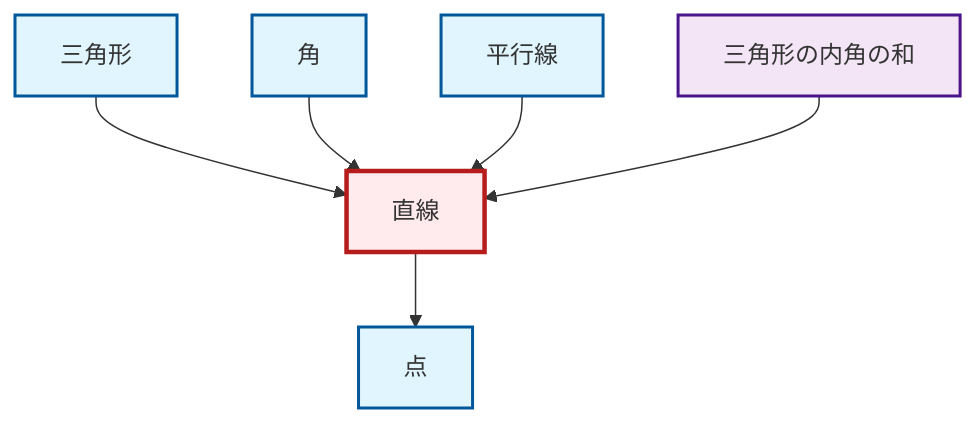
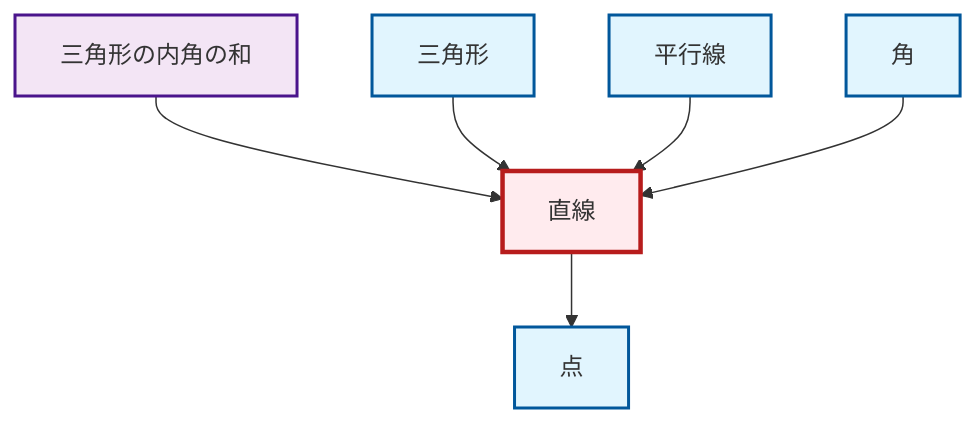
One commit to RK0429/ModernMath changed the diagram in output/mermaid/ja/def-line.mermaid. Above: the diagram before and after it, drawn with Mermaid. The commit also changed other lines of this file and 3161 other files, not shown here.

```diff
--- a/output/mermaid/ja/def-line.mermaid
+++ b/output/mermaid/ja/def-line.mermaid
@@ -1,18 +1,18 @@
 graph TD
     classDef definition fill:#e1f5fe,stroke:#01579b,stroke-width:2px
     classDef theorem fill:#f3e5f5,stroke:#4a148c,stroke-width:2px
     classDef axiom fill:#fff3e0,stroke:#e65100,stroke-width:2px
     classDef example fill:#e8f5e9,stroke:#1b5e20,stroke-width:2px
     classDef current fill:#ffebee,stroke:#b71c1c,stroke-width:3px
+    thm-angle-sum-triangle["三角形の内角の和"]:::theorem
+    def-point["点"]:::definition
     def-line["直線"]:::definition
-    def-point["点"]:::definition
     def-triangle["三角形"]:::definition
+    def-angle["角"]:::definition
     def-parallel["平行線"]:::definition
-    thm-angle-sum-triangle["三角形の内角の和"]:::theorem
-    def-angle["角"]:::definition
+    def-line --> def-point
+    thm-angle-sum-triangle --> def-line
     def-triangle --> def-line
-    def-line --> def-point
+    def-parallel --> def-line
     def-angle --> def-line
-    def-parallel --> def-line
-    thm-angle-sum-triangle --> def-line
     class def-line current
```
